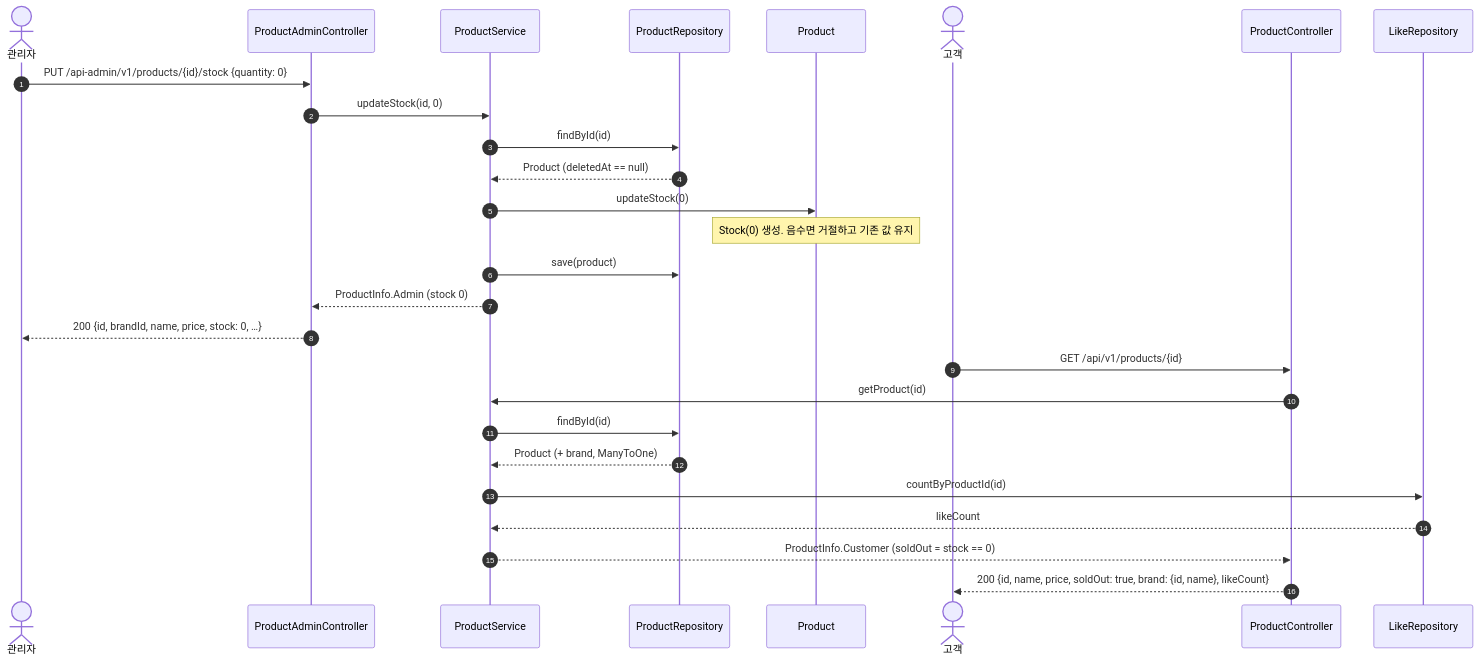
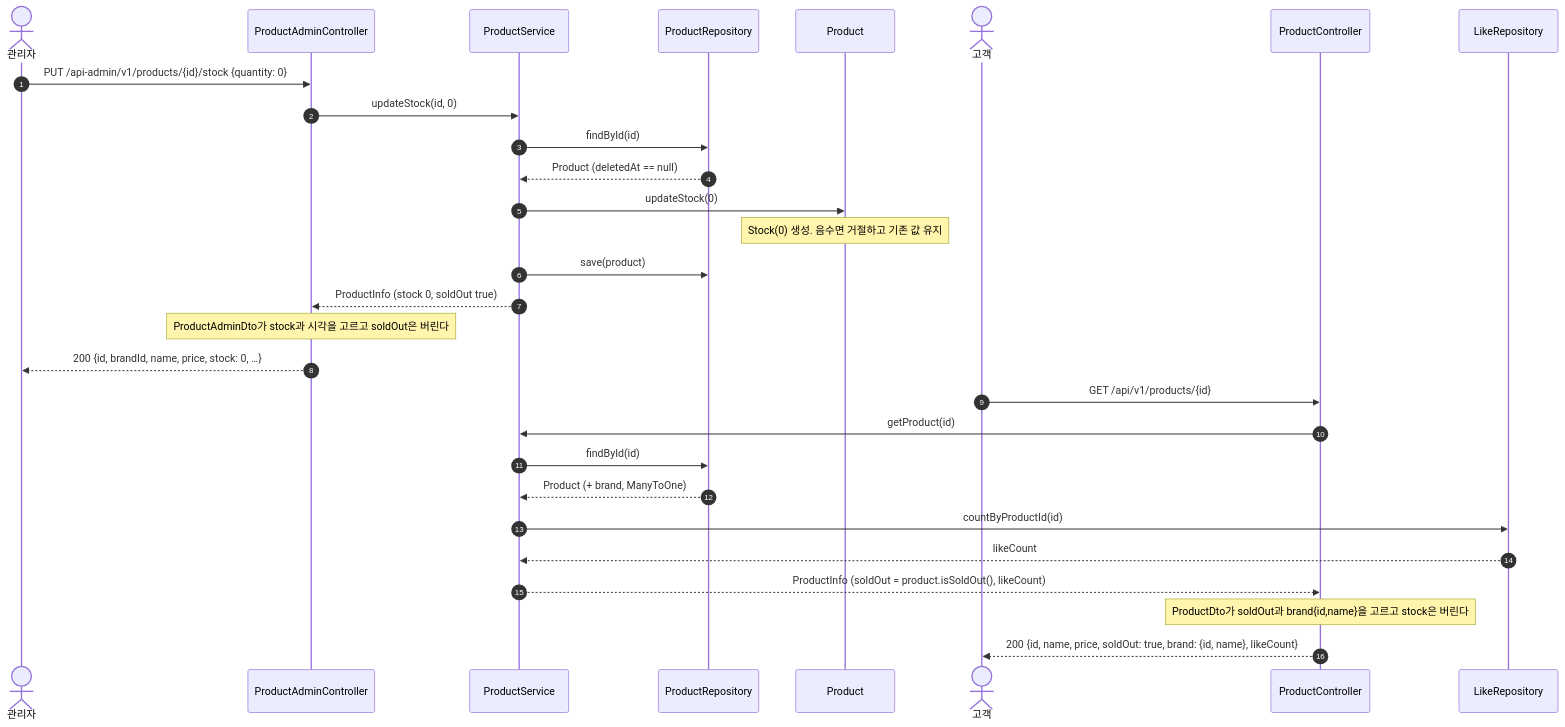
The third of 3 diagrams in docs/design/catalog.md (giwankim/loop-pack-be-l2-vol5-kotlin), drawn with Mermaid before and after one commit. The commit also changed other lines of this file and 1 other file, not shown here.

First line of the commit message:
docs(catalog): move the customer/admin split from ProductInfo to the response DTOs (5.7)

````diff
--- a/docs/design/catalog.md
+++ b/docs/design/catalog.md
@@ -134,31 +134,33 @@
 ```mermaid
 sequenceDiagram
     autonumber
     actor Admin as 관리자
     participant AC as ProductAdminController
     participant PF as ProductService
     participant PR as ProductRepository
     participant P as Product
     actor Customer as 고객
     participant CC as ProductController
     participant LR as LikeRepository
 
     Admin->>AC: PUT /api-admin/v1/products/{id}/stock {quantity: 0}
     AC->>PF: updateStock(id, 0)
     PF->>PR: findById(id)
     PR-->>PF: Product (deletedAt == null)
     PF->>P: updateStock(0)
     Note over P: Stock(0) 생성. 음수면 거절하고 기존 값 유지
     PF->>PR: save(product)
-    PF-->>AC: ProductInfo.Admin (stock 0)
+    PF-->>AC: ProductInfo (stock 0, soldOut true)
+    Note over AC: ProductAdminDto가 stock과 시각을 고르고 soldOut은 버린다
     AC-->>Admin: 200 {id, brandId, name, price, stock: 0, …}
 
     Customer->>CC: GET /api/v1/products/{id}
     CC->>PF: getProduct(id)
     PF->>PR: findById(id)
     PR-->>PF: Product (+ brand, ManyToOne)
     PF->>LR: countByProductId(id)
     LR-->>PF: likeCount
-    PF-->>CC: ProductInfo.Customer (soldOut = stock == 0)
+    PF-->>CC: ProductInfo (soldOut = product.isSoldOut(), likeCount)
+    Note over CC: ProductDto가 soldOut과 brand{id,name}을 고르고 stock은 버린다
     CC-->>Customer: 200 {id, name, price, soldOut: true, brand: {id, name}, likeCount}
 ```
````
